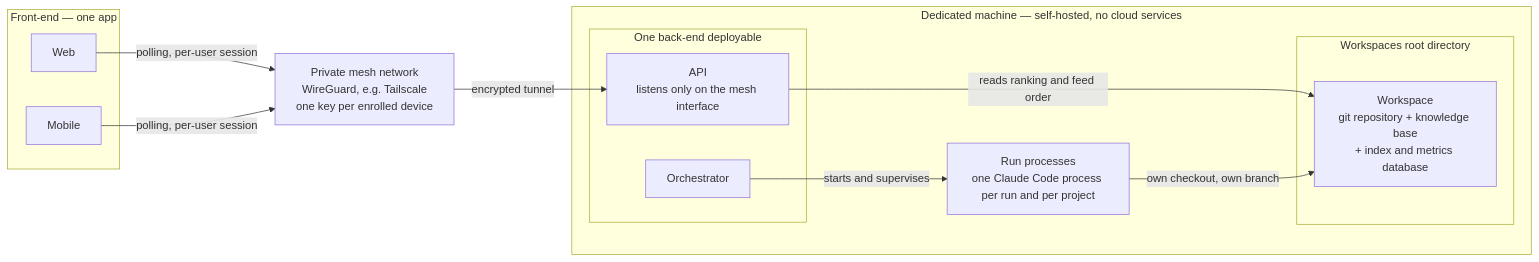
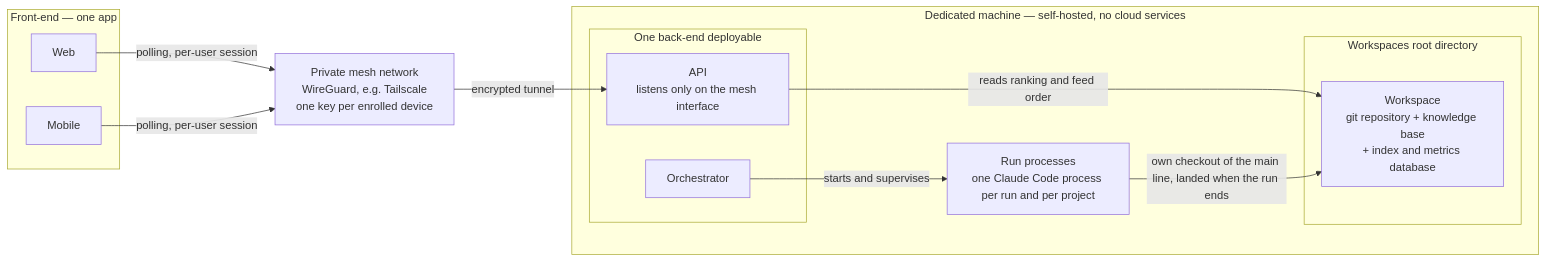
The diagram in docs/diagrams/02-deployment.md (Aleksander1111/momentum), drawn with Mermaid before and after one commit. The commit also changed 67 other files, not shown here.

First line of the commit message:
Land every run on the main line: no run branches, automation runs queued per project

````diff
--- a/docs/diagrams/02-deployment.md
+++ b/docs/diagrams/02-deployment.md
@@ -5,24 +5,24 @@
 ```mermaid
 flowchart LR
   subgraph FrontEnd["Front-end — one app"]
     Web["Web"]
     Mobile["Mobile"]
   end
   Mesh["Private mesh network<br/>WireGuard, e.g. Tailscale<br/>one key per enrolled device"]
   subgraph Machine["Dedicated machine — self-hosted, no cloud services"]
     subgraph Backend["One back-end deployable"]
       API["API<br/>listens only on the mesh interface"]
       Orch["Orchestrator"]
     end
     Runs["Run processes<br/>one Claude Code process per run and per project"]
     subgraph Root["Workspaces root directory"]
       WS["Workspace<br/>git repository + knowledge base<br/>+ index and metrics database"]
     end
   end
   Web -->|"polling, per-user session"| Mesh
   Mobile -->|"polling, per-user session"| Mesh
   Mesh -->|"encrypted tunnel"| API
   API -->|"reads ranking and feed order"| WS
   Orch -->|"starts and supervises"| Runs
-  Runs -->|"own checkout, own branch"| WS
+  Runs -->|"own checkout of the main line, landed when the run ends"| WS
 ```
````
